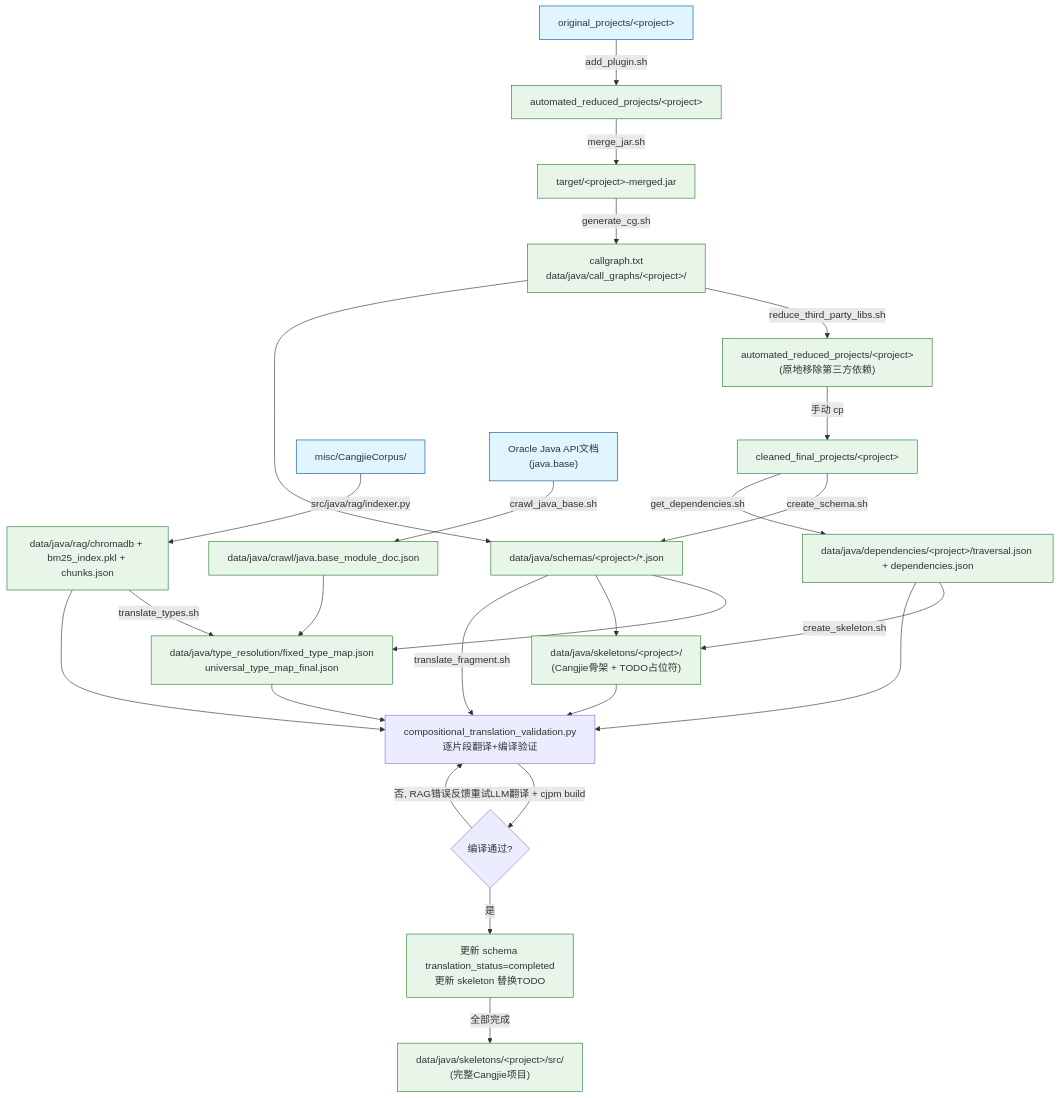
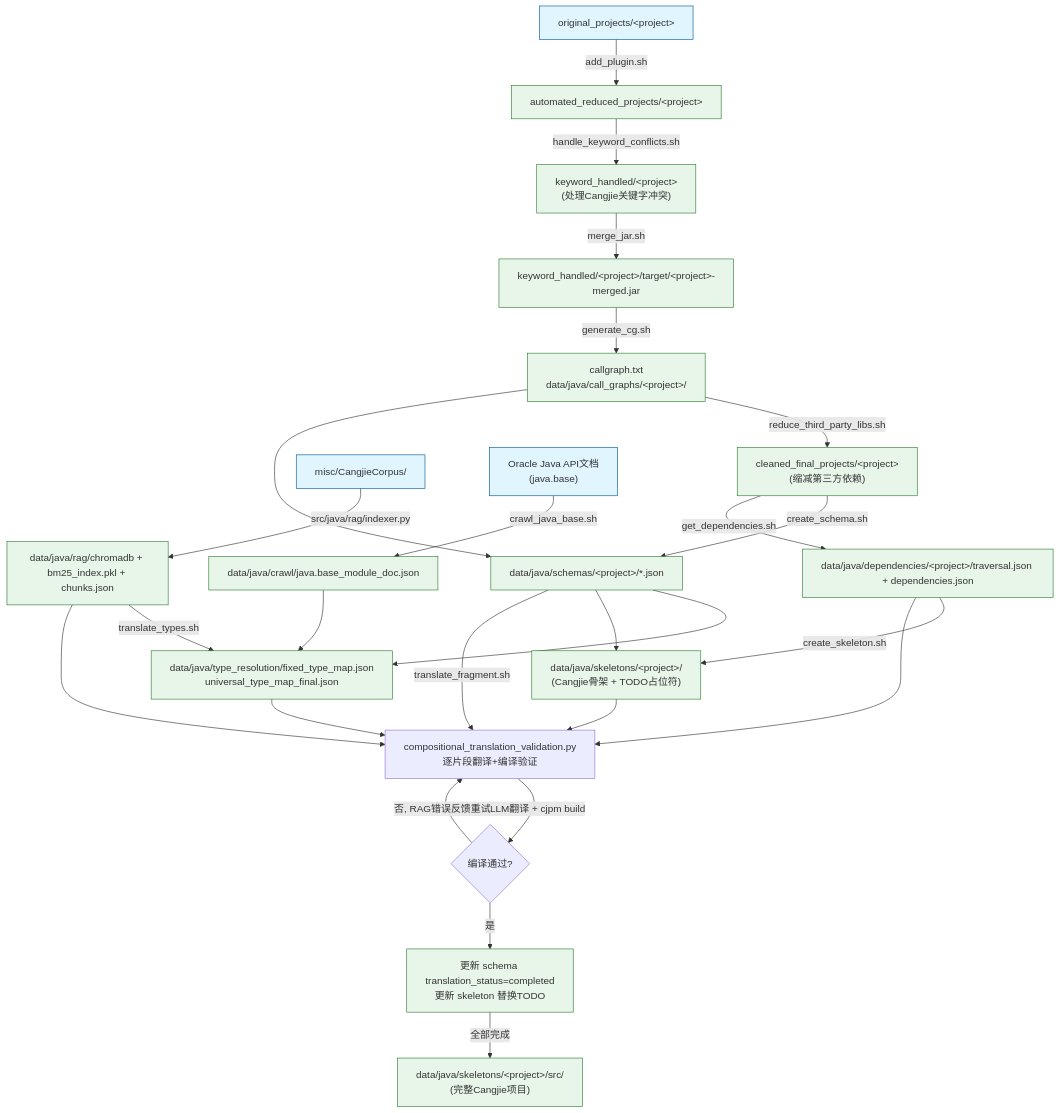
The diagram in docs/flowchart.md (hx062312/x2cangjie), drawn with Mermaid before and after one commit.

Commit message:
docs: update flowchart to include keyword handling step

````diff
--- a/docs/flowchart.md
+++ b/docs/flowchart.md
@@ -1,33 +1,33 @@
 ```mermaid
 flowchart TD
     A1["original_projects/&lt;project&gt;"] -->|add_plugin.sh| A2["automated_reduced_projects/&lt;project&gt;"]
-    A2 -->|merge_jar.sh| A3["target/&lt;project&gt;-merged.jar"]
-    A3 -->|generate_cg.sh| A4["callgraph.txt<br/>data/java/call_graphs/&lt;project&gt;/"]
-    A4 -->|reduce_third_party_libs.sh| A5["automated_reduced_projects/&lt;project&gt;<br/>(原地移除第三方依赖)"]
-    A5 -->|手动 cp| B1["cleaned_final_projects/&lt;project&gt;"]
-    B1 -->|create_schema.sh| C1["data/java/schemas/&lt;project&gt;/*.json"]
-    A4 --> C1
-    B1 -->|get_dependencies.sh| C2["data/java/dependencies/&lt;project&gt;/traversal.json + dependencies.json"]
+    A2 -->|handle_keyword_conflicts.sh| A3["keyword_handled/&lt;project&gt;<br/>(处理Cangjie关键字冲突)"]
+    A3 -->|merge_jar.sh| A4["keyword_handled/&lt;project&gt;/target/&lt;project&gt;-merged.jar"]
+    A4 -->|generate_cg.sh| A5["callgraph.txt<br/>data/java/call_graphs/&lt;project&gt;/"]
+    A5 -->|reduce_third_party_libs.sh| A6["cleaned_final_projects/&lt;project&gt;<br/>(缩减第三方依赖)"]
+    A6 -->|create_schema.sh| C1["data/java/schemas/&lt;project&gt;/*.json"]
+    A5 --> C1
+    A6 -->|get_dependencies.sh| C2["data/java/dependencies/&lt;project&gt;/traversal.json + dependencies.json"]
     D1["misc/CangjieCorpus/"] -->|src/java/rag/indexer.py| D2["data/java/rag/chromadb + bm25_index.pkl + chunks.json"]
     D3["Oracle Java API文档<br/>(java.base)"] -->|crawl_java_base.sh| D4["data/java/crawl/java.base_module_doc.json"]
     D2 -->|translate_types.sh| E1["data/java/type_resolution/fixed_type_map.json<br/>universal_type_map_final.json"]
     D4 --> E1
     C1 --> E1
     C1 --> E2
     C2 -->|create_skeleton.sh| E2["data/java/skeletons/&lt;project&gt;/<br/>(Cangjie骨架 + TODO占位符)"]
     C1 -->|translate_fragment.sh| F1["compositional_translation_validation.py<br/>逐片段翻译+编译验证"]
     C2 --> F1
     E1 --> F1
     E2 --> F1
     D2 --> F1
     F1 -->|LLM翻译 + cjpm build| F2{"编译通过?"}
     F2 -->|否, RAG错误反馈重试| F1
     F2 -->|是| F3["更新 schema translation_status=completed<br/>更新 skeleton 替换TODO"]
     F3 -->|全部完成| F4["data/java/skeletons/&lt;project&gt;/src/<br/>(完整Cangjie项目)"]
 
     classDef input fill:#e1f5fe,stroke:#01579b
     classDef output fill:#e8f5e9,stroke:#2e7d32
 
     class A1,D1,D3 input
-    class A2,A3,A4,A5,B1,C1,C2,D2,D4,E1,E2,F3,F4 output
+    class A2,A3,A4,A5,A6,C1,C2,D2,D4,E1,E2,F3,F4 output
 ```
````
